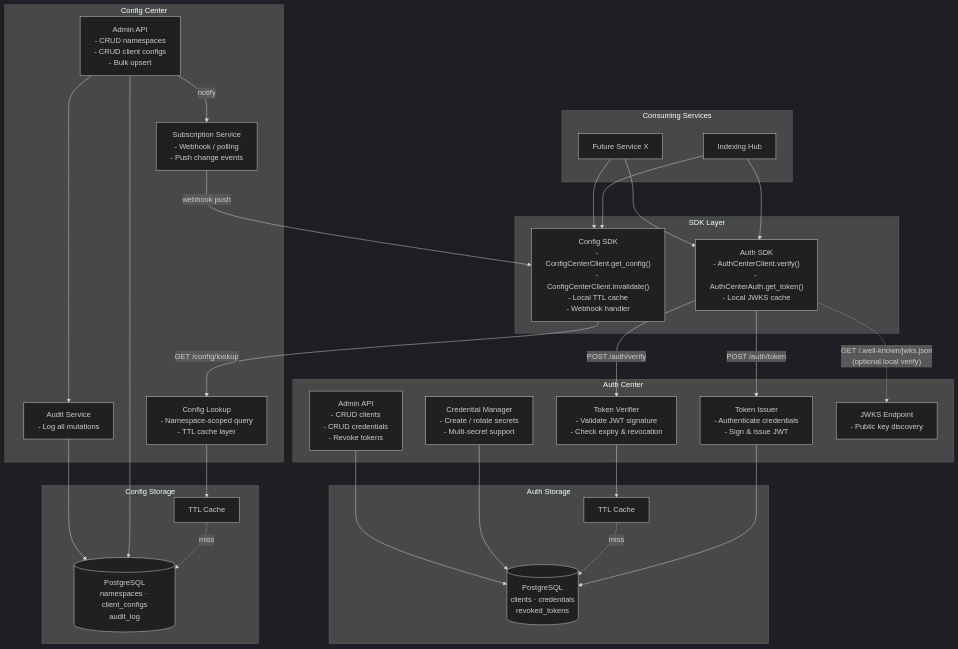
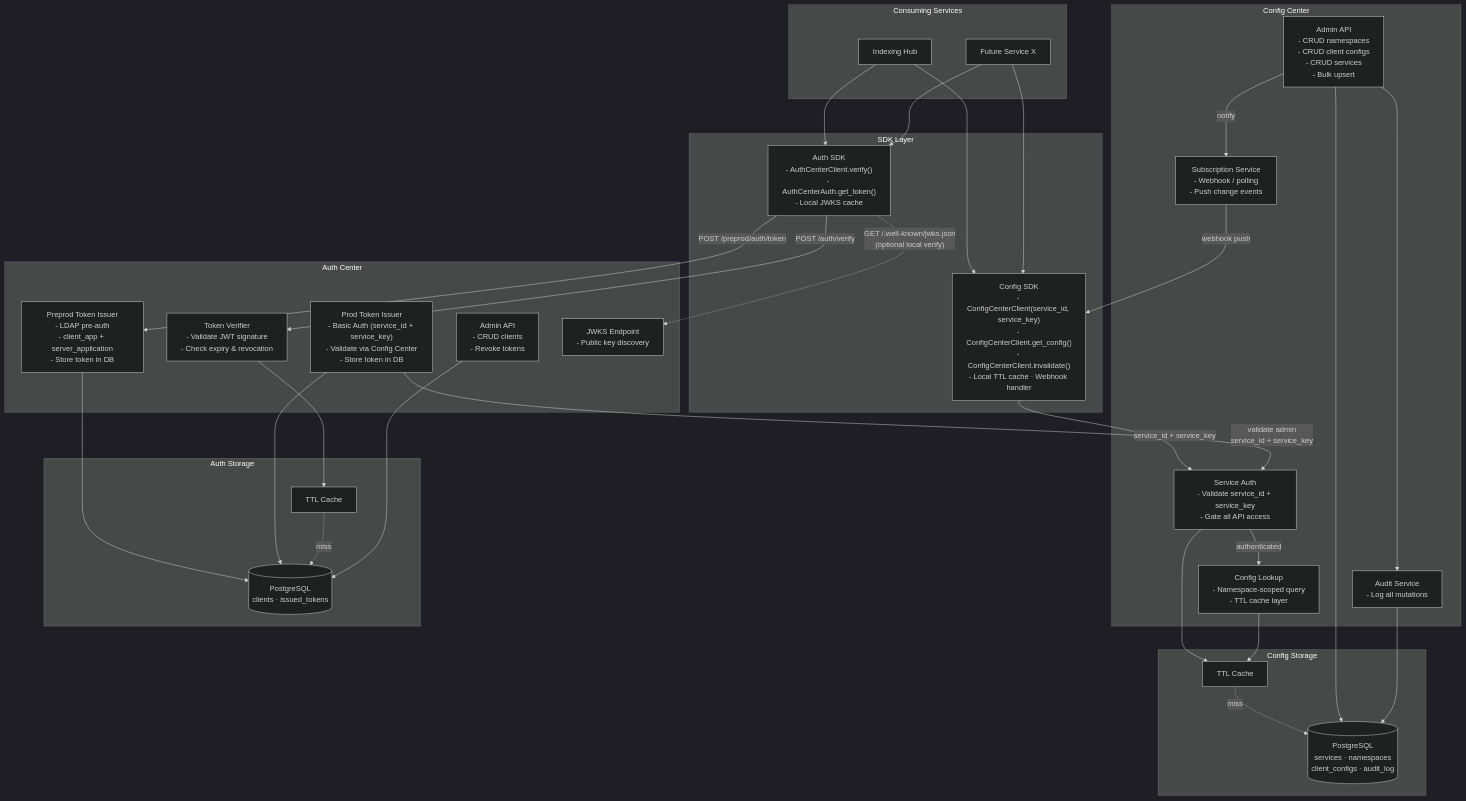
One commit to sweiyang/common-tools changed the second of 8 diagrams in config-center/Auth_Config_Center_Design.md. Above: the diagram before and after it, drawn with Mermaid (dark theme). The commit also changed other lines of this file and 1 other file, not shown here.

````diff
--- a/config-center/Auth_Config_Center_Design.md
+++ b/config-center/Auth_Config_Center_Design.md
@@ -142,62 +156,67 @@
 ```mermaid
 graph TB
     subgraph "SDK Layer"
         AuthSDK["Auth SDK<br/>- AuthCenterClient.verify()<br/>- AuthCenterAuth.get_token()<br/>- Local JWKS cache"]
-        ConfigSDK["Config SDK<br/>- ConfigCenterClient.get_config()<br/>- ConfigCenterClient.invalidate()<br/>- Local TTL cache<br/>- Webhook handler"]
+        ConfigSDK["Config SDK<br/>- ConfigCenterClient(service_id, service_key)<br/>- ConfigCenterClient.get_config()<br/>- ConfigCenterClient.invalidate()<br/>- Local TTL cache · Webhook handler"]
     end
 
     subgraph "Consuming Services"
         IndexingHub["Indexing Hub"]
         FutureSvc["Future Service X"]
     end
 
     subgraph "Auth Center"
-        TokenIssuer["Token Issuer<br/>- Authenticate credentials<br/>- Sign & issue JWT"]
+        PreprodIssuer["Preprod Token Issuer<br/>- LDAP pre-auth<br/>- client_app + server_application<br/>- Store token in DB"]
+        ProdIssuer["Prod Token Issuer<br/>- Basic Auth (service_id + service_key)<br/>- Validate via Config Center<br/>- Store token in DB"]
         TokenVerifier["Token Verifier<br/>- Validate JWT signature<br/>- Check expiry & revocation"]
-        CredMgmt["Credential Manager<br/>- Create / rotate secrets<br/>- Multi-secret support"]
-        AuthAdmin["Admin API<br/>- CRUD clients<br/>- CRUD credentials<br/>- Revoke tokens"]
+        AuthAdmin["Admin API<br/>- CRUD clients<br/>- Revoke tokens"]
         JWKS["JWKS Endpoint<br/>- Public key discovery"]
     end
 
     subgraph "Config Center"
+        ServiceAuth["Service Auth<br/>- Validate service_id + service_key<br/>- Gate all API access"]
         ConfigLookup["Config Lookup<br/>- Namespace-scoped query<br/>- TTL cache layer"]
         ConfigSubscription["Subscription Service<br/>- Webhook / polling<br/>- Push change events"]
-        ConfigAdmin["Admin API<br/>- CRUD namespaces<br/>- CRUD client configs<br/>- Bulk upsert"]
+        ConfigAdmin["Admin API<br/>- CRUD namespaces<br/>- CRUD client configs<br/>- CRUD services<br/>- Bulk upsert"]
         ConfigAudit["Audit Service<br/>- Log all mutations"]
     end
 
     subgraph "Auth Storage"
-        AuthDB[("PostgreSQL<br/>clients · credentials<br/>revoked_tokens")]
+        AuthDB[("PostgreSQL<br/>clients · issued_tokens")]
         AuthCache["TTL Cache"]
     end
 
     subgraph "Config Storage"
-        ConfigDB[("PostgreSQL<br/>namespaces · client_configs<br/>audit_log")]
+        ConfigDB[("PostgreSQL<br/>services · namespaces<br/>client_configs · audit_log")]
         ConfigCache["TTL Cache"]
     end
 
     IndexingHub --> AuthSDK
     IndexingHub --> ConfigSDK
     FutureSvc --> AuthSDK
     FutureSvc --> ConfigSDK
 
     AuthSDK -- "POST /auth/verify" --> TokenVerifier
-    AuthSDK -- "POST /auth/token" --> TokenIssuer
+    AuthSDK -- "POST /preprod/auth/token" --> PreprodIssuer
     AuthSDK -. "GET /.well-known/jwks.json<br/>(optional local verify)" .-> JWKS
 
-    ConfigSDK -- "GET /config/lookup" --> ConfigLookup
+    ConfigSDK -- "service_id + service_key" --> ServiceAuth
+    ServiceAuth -- "authenticated" --> ConfigLookup
     ConfigSubscription -- "webhook push" --> ConfigSDK
 
-    TokenIssuer --> AuthDB
+    ProdIssuer -- "validate admin<br/>service_id + service_key" --> ServiceAuth
+
+    PreprodIssuer --> AuthDB
+    ProdIssuer --> AuthDB
     TokenVerifier --> AuthCache
     AuthCache -. "miss" .-> AuthDB
-    CredMgmt --> AuthDB
     AuthAdmin --> AuthDB
 
+    ServiceAuth --> ConfigCache
+    ConfigCache -. "miss" .-> ConfigDB
     ConfigLookup --> ConfigCache
-    ConfigCache -. "miss" .-> ConfigDB
     ConfigAdmin --> ConfigDB
     ConfigAdmin -- "notify" --> ConfigSubscription
     ConfigAdmin --> ConfigAudit
     ConfigAudit --> ConfigDB
 ```
````
